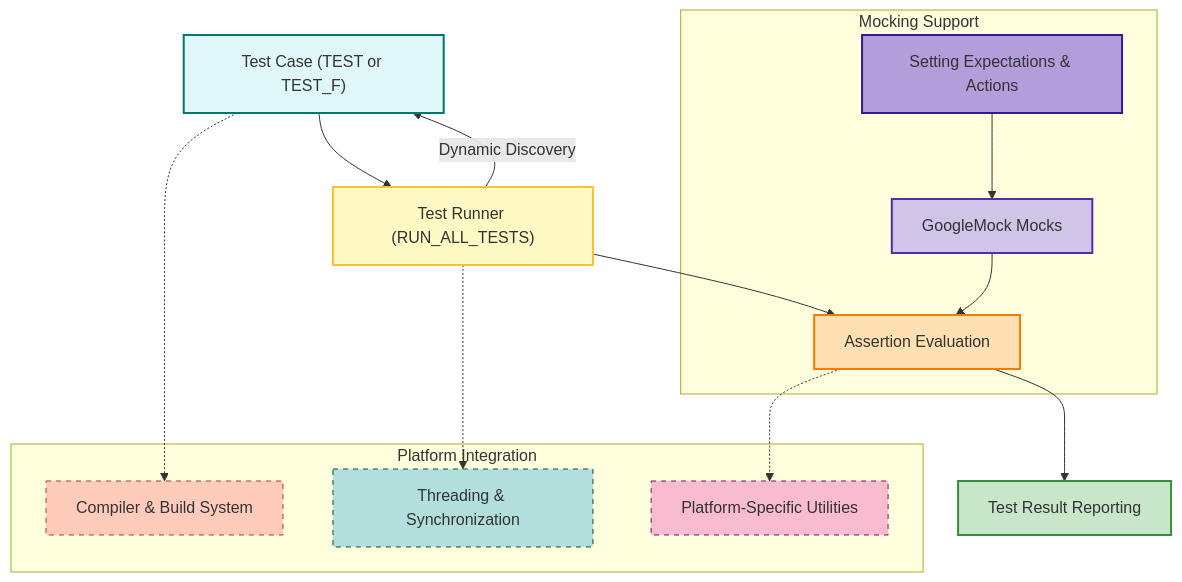
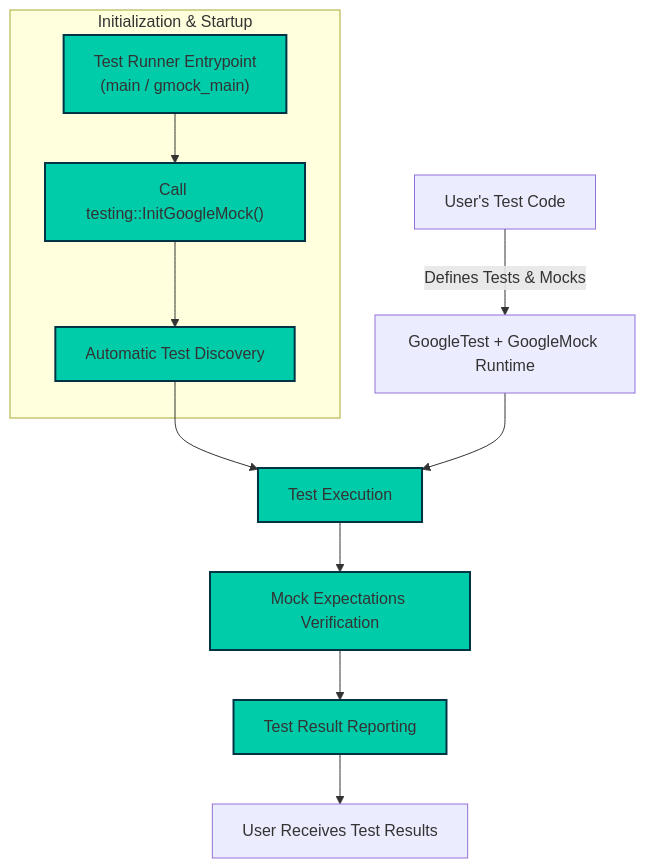
The diagram in overview/architecture-concepts/system-architecture.mdx (clidey/docucod-public-project-869ef7c3-7eff-4ad2-9765-2698303f14d7), drawn with Mermaid before and after one commit. The commit also changed other lines of this file and 53 other files, not shown here.

````diff
--- a/overview/architecture-concepts/system-architecture.mdx
+++ b/overview/architecture-concepts/system-architecture.mdx
@@ -30,33 +42,21 @@
 ```mermaid
 flowchart TD
-  A["Test Case (TEST or TEST_F)"] --> B["Test Runner (RUN_ALL_TESTS)"]
-  B --> C["Assertion Evaluation"]
-  C --> D["Test Result Reporting"]
 
-  subgraph Mocking Support
-    E1["GoogleMock Mocks"] --> C
-    E2["Setting Expectations & Actions"] --> E1
+  USER_CODE["User's Test Code"] -->|Defines Tests & Mocks| TEST_FRAMEWORK["GoogleTest + GoogleMock Runtime"]
+
+  subgraph "Initialization & Startup"
+    ENTRYPOINT["Test Runner Entrypoint\n(main / gmock_main)" ] --> INIT["Call testing::InitGoogleMock()"]
+    INIT --> TEST_DISCOVERY["Automatic Test Discovery"]
   end
 
-  B -->|Dynamic Discovery| A
+  TEST_DISCOVERY --> TEST_EXECUTION["Test Execution"]
 
-  subgraph Platform Integration
-    P1["Compiler & Build System"]
-    P2["Threading & Synchronization"]
-    P3["Platform-Specific Utilities"]
-  end
+  TEST_EXECUTION --> MOCK_VERIFICATION["Mock Expectations Verification"]
+  MOCK_VERIFICATION --> REPORTING["Test Result Reporting"]
+  REPORTING --> USER["User Receives Test Results"]
 
-  A -.-> P1
-  B -.-> P2
-  C -.-> P3
+  TEST_FRAMEWORK --> TEST_EXECUTION
 
-  style A fill:#e0f7fa,stroke:#00796b,stroke-width:2px
-  style B fill:#fff9c4,stroke:#fbc02d,stroke-width:2px
-  style C fill:#ffe0b2,stroke:#f57c00,stroke-width:2px
-  style D fill:#c8e6c9,stroke:#388e3c,stroke-width:2px
-  style E1 fill:#d1c4e9,stroke:#512da8,stroke-width:2px
-  style E2 fill:#b39ddb,stroke:#311b92,stroke-width:2px
-  style P1 fill:#ffccbc,stroke:#bf360c,stroke-width:1px,stroke-dasharray: 5 5
-  style P2 fill:#b2dfdb,stroke:#004d40,stroke-width:1px,stroke-dasharray: 5 5
-  style P3 fill:#f8bbd0,stroke:#880e4f,stroke-width:1px,stroke-dasharray: 5 5
+  classDef process fill:#0ca,stroke:#034,stroke-width:2px;
+  class ENTRYPOINT,INIT,TEST_DISCOVERY,TEST_EXECUTION,MOCK_VERIFICATION,REPORTING process;
 ```
````
